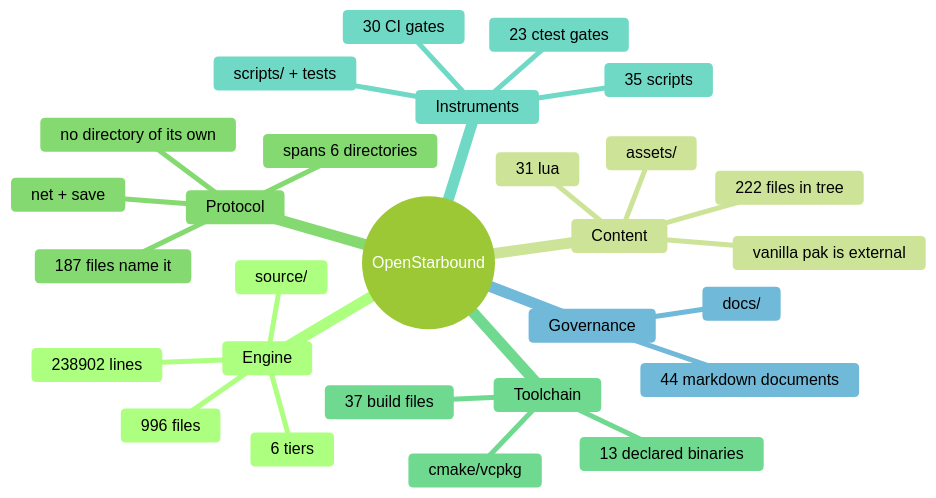
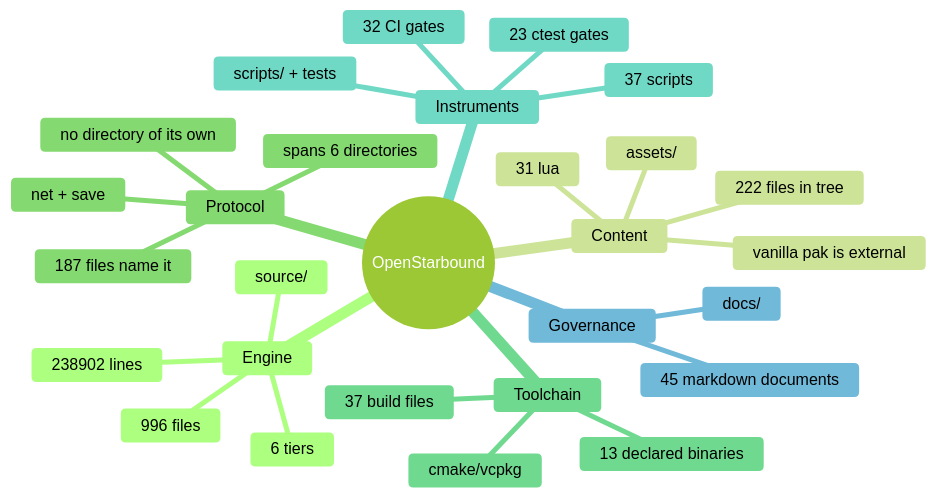
The second of 11 diagrams in docs/architecture/system-boundaries.md (apnex/OpenStarbound), drawn with Mermaid (forest theme) before and after one commit. The commit also changed 4 other files, not shown here.

````diff
--- a/docs/architecture/system-boundaries.md
+++ b/docs/architecture/system-boundaries.md
@@ -166,31 +166,31 @@
 ```mermaid
 mindmap
   root((OpenStarbound))
     Engine
       source/
       996 files
       238902 lines
       6 tiers
     Content
       assets/
       222 files in tree
       31 lua
       vanilla pak is external
     Protocol
       net + save
       187 files name it
       spans 6 directories
       no directory of its own
     Toolchain
       cmake/vcpkg
       37 build files
       13 declared binaries
     Instruments
       scripts/ + tests
-      35 scripts
+      37 scripts
       23 ctest gates
-      30 CI gates
+      32 CI gates
     Governance
       docs/
-      44 markdown documents
+      45 markdown documents
 ```
````
